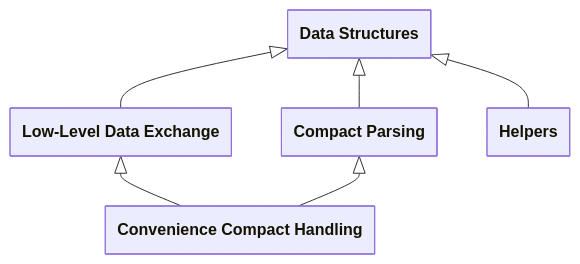
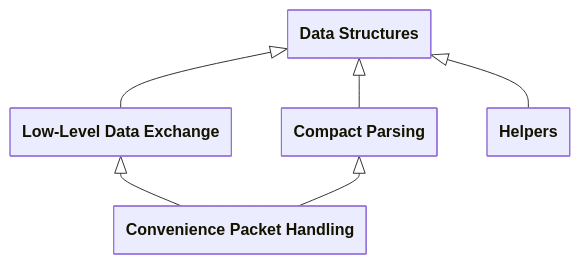
Before and after one commit to gschwsiSICKAG/sick_perception_sdk_releases: the seventh of 7 diagrams in README.md, drawn with Mermaid. The commit also changed other lines of this file and 680 other files, not shown here.

````diff
--- a/README.md
+++ b/README.md
@@ -713,19 +729,19 @@
 ```mermaid
 ---
 config:
   class:
     hideEmptyMembersBox: true
 ---
 classDiagram
 class DataStructures["Data Structures"]
 class LowLevelDataExchange ["Low-Level Data Exchange"]
 class CompactParsing ["Compact Parsing"]
-class ConvenienceCompactHandling ["Convenience Compact Handling"]
+class ConveniencePacketHandling ["Convenience Packet Handling"]
 class Helpers ["Helpers"]
 
 DataStructures <|-- LowLevelDataExchange
 DataStructures <|-- CompactParsing
 DataStructures <|-- Helpers
-LowLevelDataExchange <|-- ConvenienceCompactHandling
-CompactParsing <|-- ConvenienceCompactHandling
+LowLevelDataExchange <|-- ConveniencePacketHandling
+CompactParsing <|-- ConveniencePacketHandling
 ```
````
